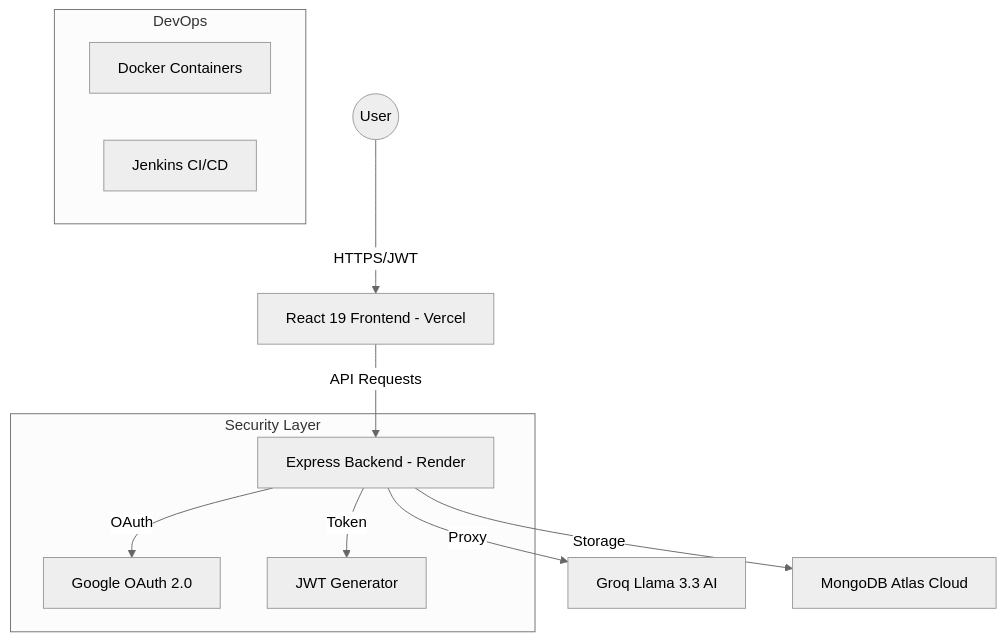
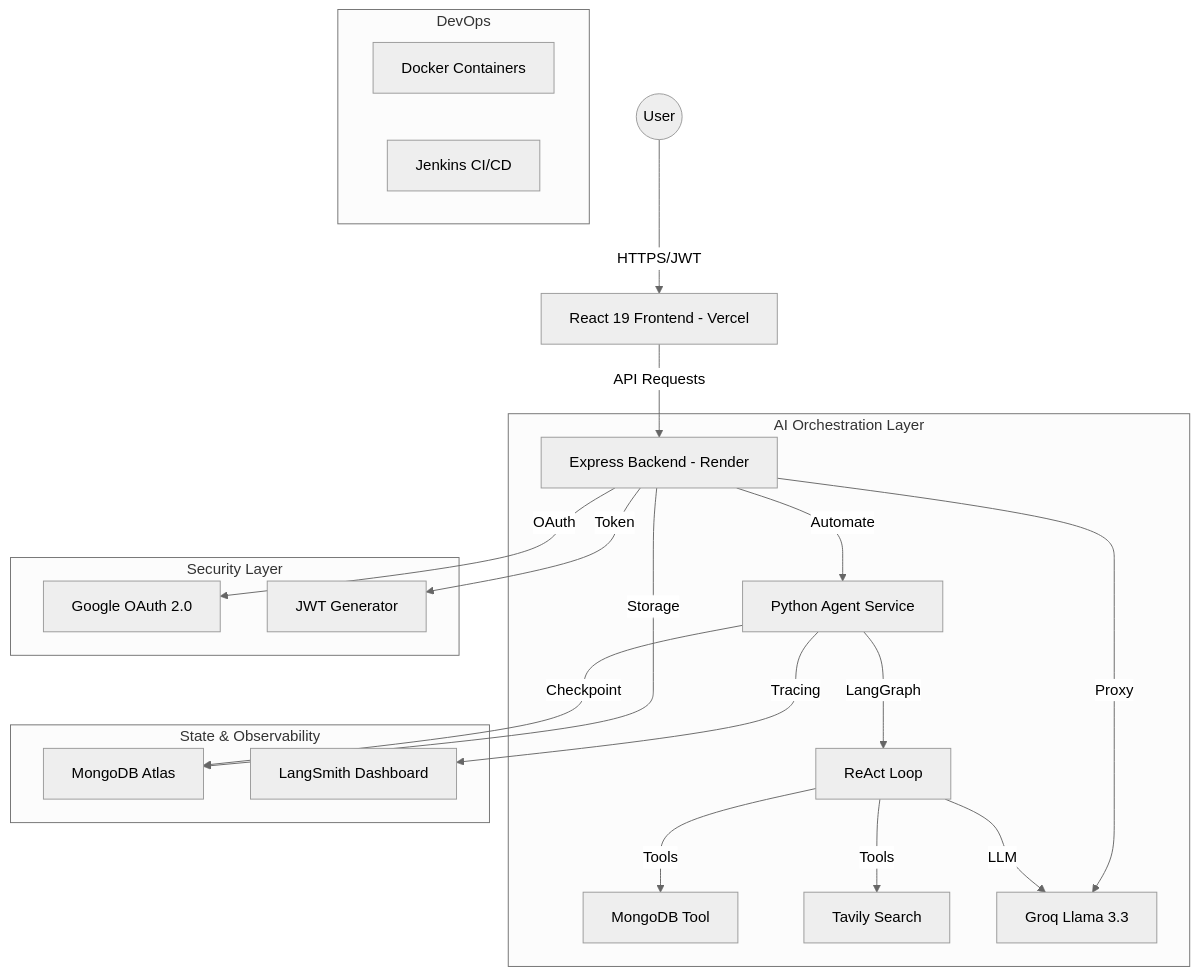
The diagram in README.md (Ravikiranreddybada/toolforge), drawn with Mermaid (neutral theme) before and after one commit. The commit also changed other lines of this file and 20 other files, not shown here.

Commit message:
feat: pivot to ToolForge Agentic 2.0 (Pure MERN & LangGraph.js)

````diff
--- a/README.md
+++ b/README.md
@@ -81,18 +70,31 @@
 ```mermaid
 graph TD
   User((User)) -->|HTTPS/JWT| FE[React 19 Frontend - Vercel]
   FE -->|API Requests| BE[Express Backend - Render]
+  
+  subgraph AI Orchestration Layer
+    BE -->|Automate| AgentSvc[Python Agent Service]
+    AgentSvc -->|LangGraph| ReAct[ReAct Loop]
+    ReAct -->|Tools| MongoTool[MongoDB Tool]
+    ReAct -->|Tools| SearchTool[Tavily Search]
+    ReAct -->|LLM| Groq[Groq Llama 3.3]
+  end
+
+  subgraph State & Observability
+    AgentSvc -->|Checkpoint| Atlas[MongoDB Atlas]
+    AgentSvc -->|Tracing| LangSmith[LangSmith Dashboard]
+  end
   
   subgraph Security Layer
     BE -->|OAuth| Passport[Google OAuth 2.0]
     BE -->|Token| JWT[JWT Generator]
   end
 
-  BE -->|Proxy| Groq[Groq Llama 3.3 AI]
-  BE -->|Storage| Atlas[MongoDB Atlas Cloud]
+  BE -->|Proxy| Groq
+  BE -->|Storage| Atlas
   
   subgraph DevOps
     Docker[Docker Containers]
     Jenkins[Jenkins CI/CD]
   end
 ```
````
